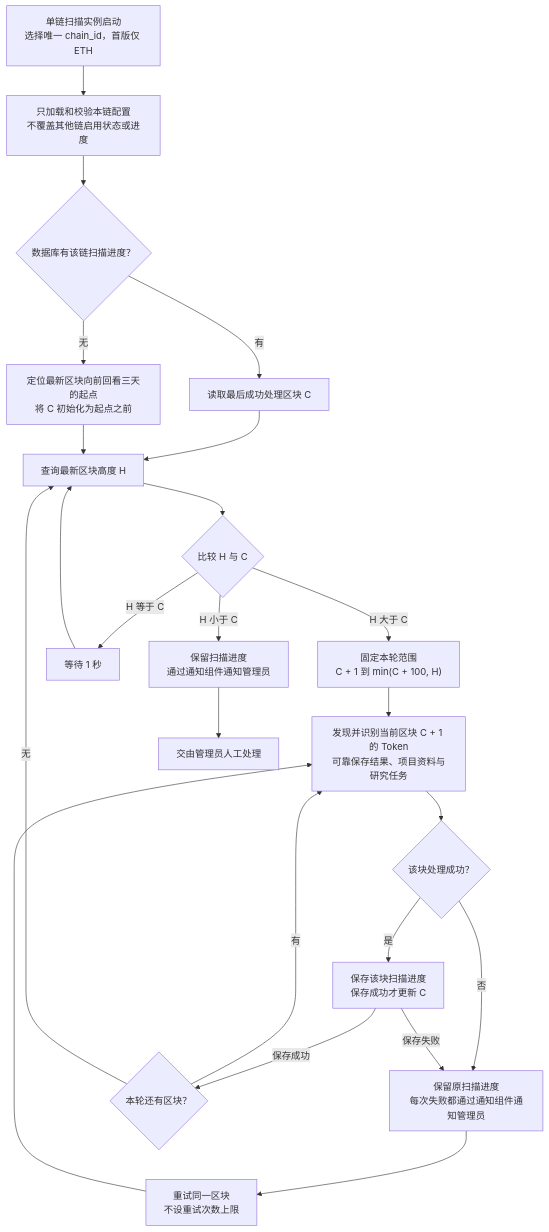
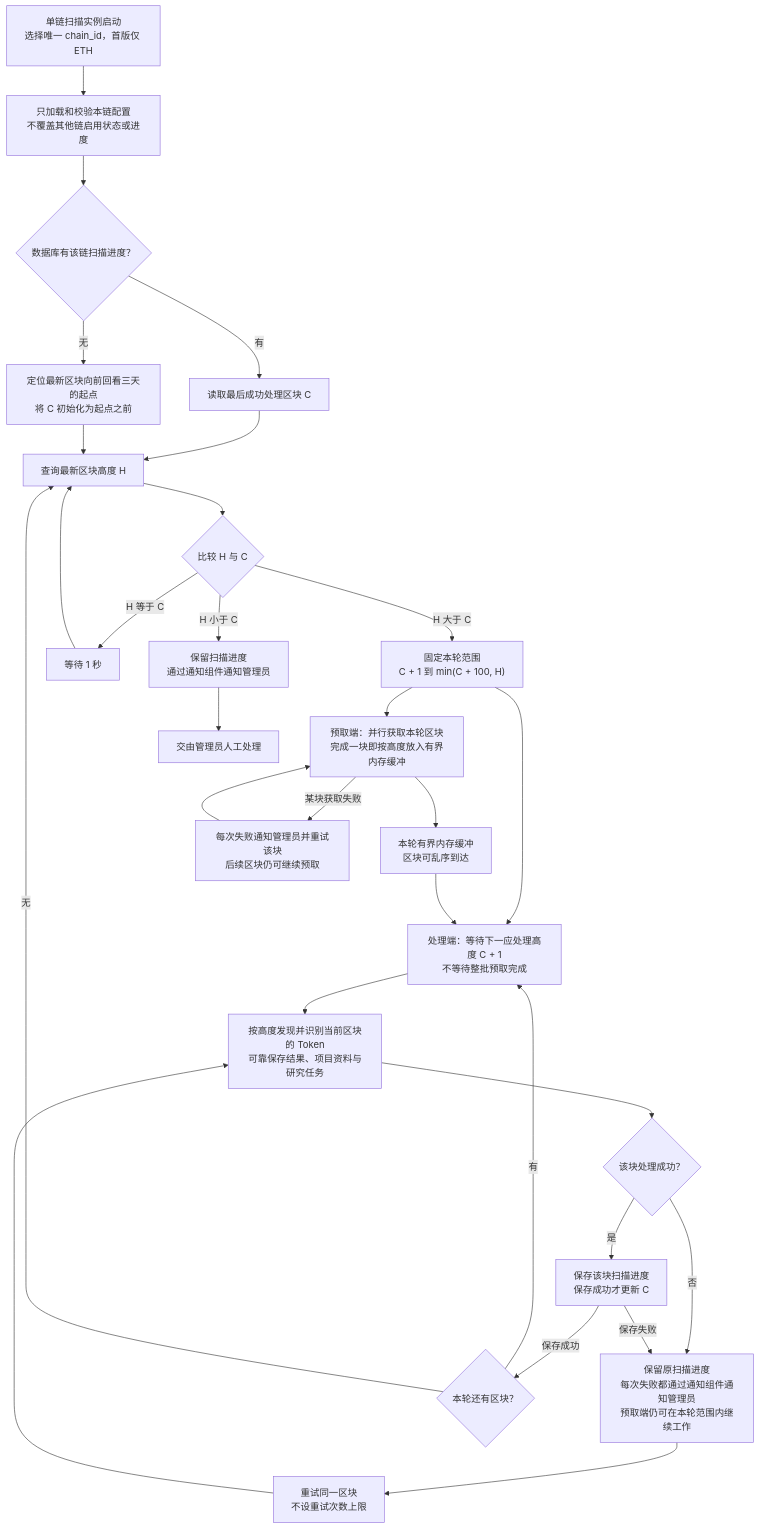
The diagram in docs/requirements/token/token-block-scan-flow.md (useryege/athena-o), drawn with Mermaid before and after one commit. The commit also changed other lines of this file and 14 other files, not shown here.

````diff
--- a/docs/requirements/token/token-block-scan-flow.md
+++ b/docs/requirements/token/token-block-scan-flow.md
@@ -19,25 +20,31 @@
 ```mermaid
 flowchart TD
     start["单链扫描实例启动<br/>选择唯一 chain_id，首版仅 ETH"] --> config["只加载和校验本链配置<br/>不覆盖其他链启用状态或进度"]
     config --> saved{"数据库有该链扫描进度？"}
     saved -->|有| resume["读取最后成功处理区块 C"]
     saved -->|无| initialize["定位最新区块向前回看三天的起点<br/>将 C 初始化为起点之前"]
     resume --> head["查询最新区块高度 H"]
     initialize --> head
     head --> compare{"比较 H 与 C"}
     compare -->|H 大于 C| batch["固定本轮范围<br/>C + 1 到 min(C + 100, H)"]
-    batch --> block["发现并识别当前区块 C + 1 的 Token<br/>可靠保存结果、项目资料与研究任务"]
+    batch --> producer["预取端：并行获取本轮区块<br/>完成一块即按高度放入有界内存缓冲"]
+    batch --> consumer["处理端：等待下一应处理高度 C + 1<br/>不等待整批预取完成"]
+    producer --> buffer["本轮有界内存缓冲<br/>区块可乱序到达"]
+    producer -->|"某块获取失败"| fetchFailure["每次失败通知管理员并重试该块<br/>后续区块仍可继续预取"]
+    fetchFailure --> producer
+    buffer --> consumer
+    consumer --> block["按高度发现并识别当前区块的 Token<br/>可靠保存结果、项目资料与研究任务"]
     block --> outcome{"该块处理成功？"}
     outcome -->|是| persist["保存该块扫描进度<br/>保存成功才更新 C"]
-    outcome -->|否| failure["保留原扫描进度<br/>每次失败都通过通知组件通知管理员"]
+    outcome -->|否| failure["保留原扫描进度<br/>每次失败都通过通知组件通知管理员<br/>预取端仍可在本轮范围内继续工作"]
     persist -->|保存失败| failure
     failure --> retry["重试同一区块<br/>不设重试次数上限"]
     retry --> block
     persist -->|保存成功| remaining{"本轮还有区块？"}
-    remaining -->|有| block
+    remaining -->|有| consumer
     remaining -->|无| head
     compare -->|H 等于 C| sleep["等待 1 秒"]
     sleep --> head
     compare -->|H 小于 C| abnormal["保留扫描进度<br/>通过通知组件通知管理员"]
     abnormal --> manual["交由管理员人工处理"]
 ```
````
